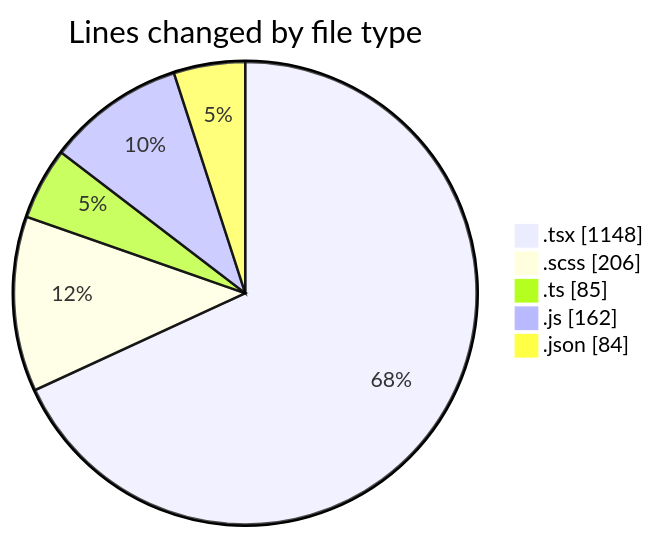
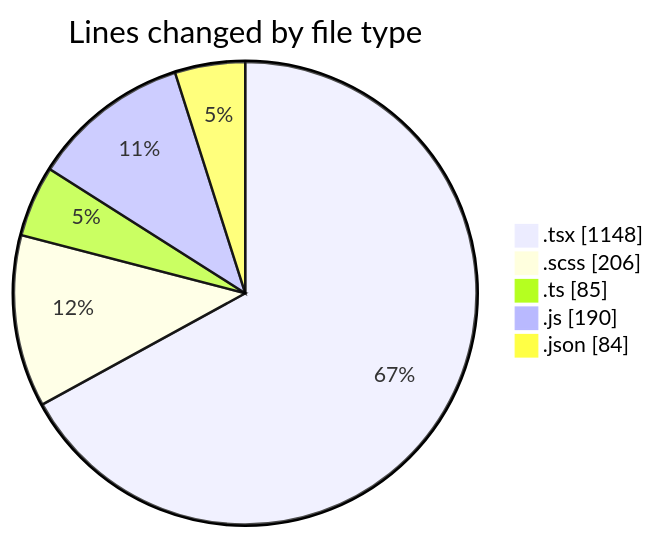
The first of 2 diagrams in 2026-04-23/cda/README.md (momahboobian/code-tracking), drawn with Mermaid before and after one commit. The commit also changed other lines of this file and 1 other file, not shown here.

````diff
--- a/2026-04-23/cda/README.md
+++ b/2026-04-23/cda/README.md
@@ -35,9 +35,9 @@
 ```mermaid
 pie showData
 title Lines changed by file type
 ".tsx" : 1148
 ".scss" : 206
 ".ts" : 85
-".js" : 162
+".js" : 190
 ".json" : 84
 ```
````
